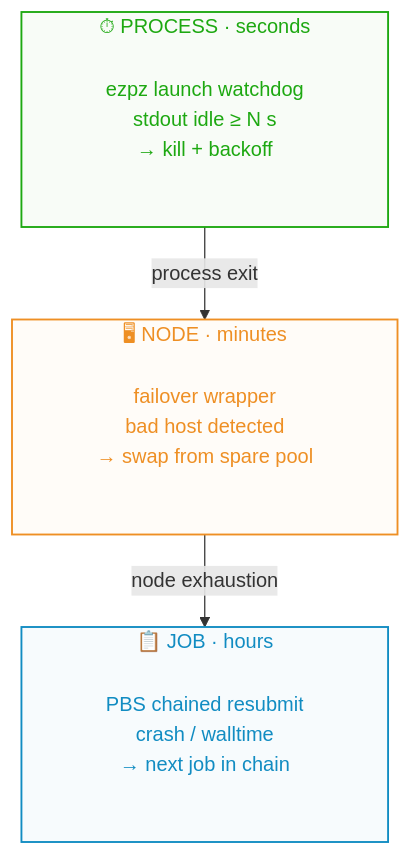
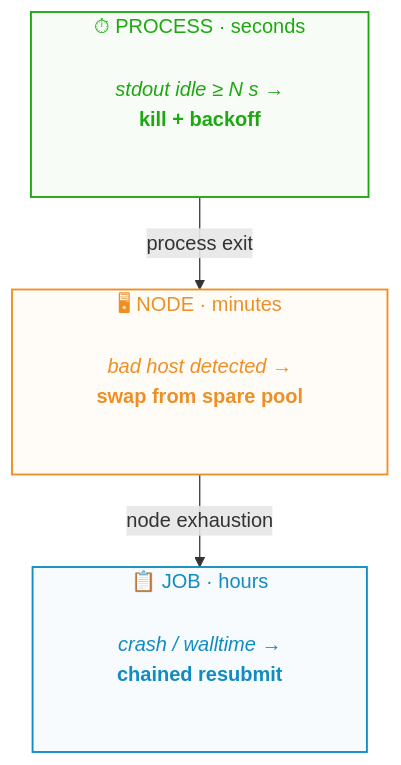
One commit to saforem2/sam.onl changed the fourth of 5 diagrams in web/src/pages/talks/2026/06/03/index.mdx. Above: the diagram before and after it, drawn with Mermaid. The commit also changed other lines of this file, not shown here.

Commit message:
style(restart-cascade): italicize events + bold actions in mermaid labels

````diff
--- a/web/src/pages/talks/2026/06/03/index.mdx
+++ b/web/src/pages/talks/2026/06/03/index.mdx
@@ -627,28 +627,28 @@
 ```mermaid
 flowchart TB
     subgraph proc["⏱ PROCESS · seconds"]
-        PROC_TXT["ezpz launch watchdog<br/>stdout idle ≥ N s<br/>→ kill + backoff"]
+        PROC_TXT["<i>stdout idle ≥ N s</i> →<br/><b>kill + backoff</b>"]
     end
     subgraph node["🖥 NODE · minutes"]
-        NODE_TXT["failover wrapper<br/>bad host detected<br/>→ swap from spare pool"]
+        NODE_TXT["<i>bad host detected</i> →<br/><b>swap from spare pool</b>"]
     end
     subgraph job["📋 JOB · hours"]
-        JOB_TXT["PBS chained resubmit<br/>crash / walltime<br/>→ next job in chain"]
+        JOB_TXT["<i>crash / walltime</i> →<br/><b>chained resubmit</b>"]
     end
 
     proc -- "process exit" --> node
     node -- "node exhaustion" --> job
 
     classDef jobC  fill:#118cc208,stroke:#118cc2,color:#118cc2,stroke-width:1.5px
     classDef nodeC fill:#ee8f2408,stroke:#ee8f24,color:#ee8f24,stroke-width:1.5px
     classDef procC fill:#1da81108,stroke:#1da811,color:#1da811,stroke-width:1.5px
     classDef jobTxt  fill:transparent,stroke:none,color:#118cc2
     classDef nodeTxt fill:transparent,stroke:none,color:#ee8f24
     classDef procTxt fill:transparent,stroke:none,color:#1da811
     class JOB_TXT jobTxt
     class NODE_TXT nodeTxt
     class PROC_TXT procTxt
     class job jobC
     class node nodeC
     class proc procC
 ```
````
